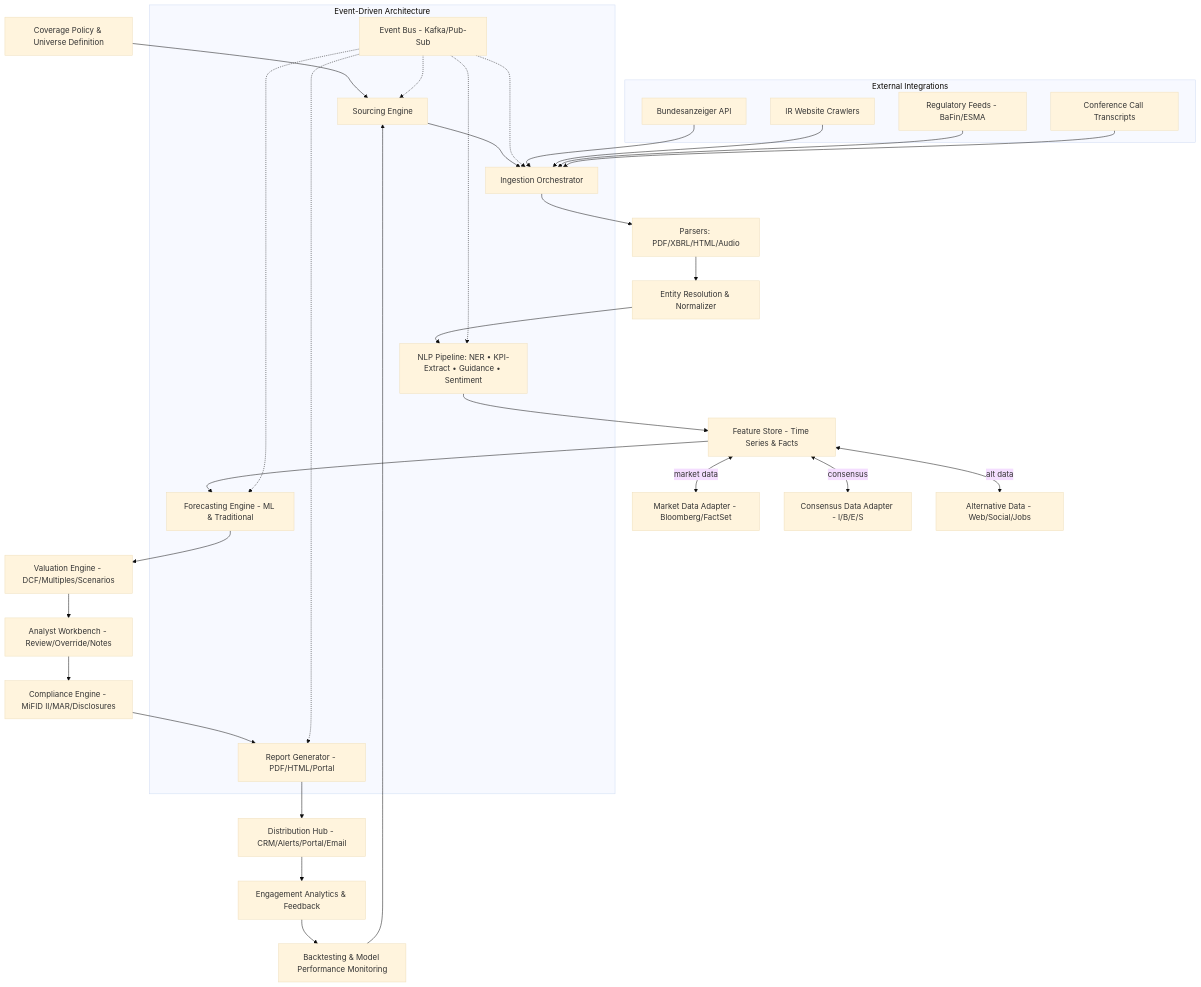
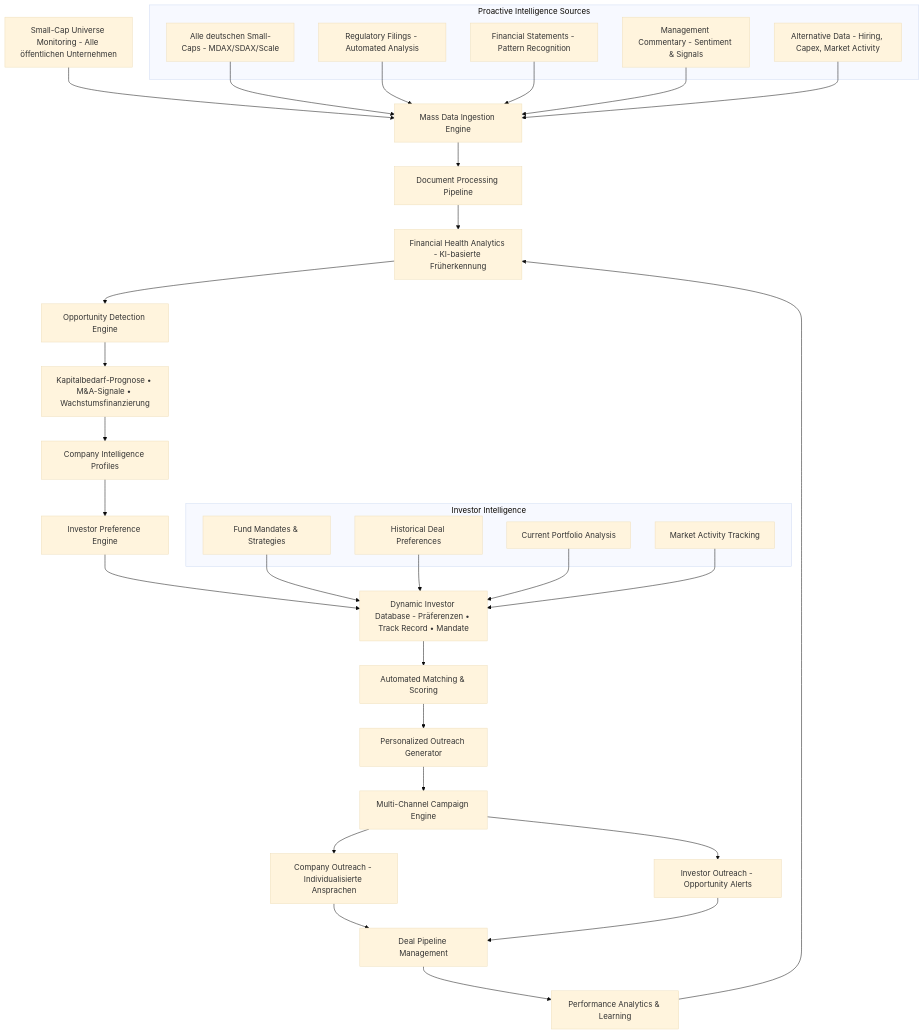
Before and after one commit to ProfDrT/investment-bank: the first of 12 diagrams in 06a_Research_Public_Equities.md, drawn with Mermaid (base theme). The commit also changed other lines of this file, not shown here.

First line of the commit message:
feat: transform to proactive market intelligence & opportunity detection system

````diff
--- a/06a_Research_Public_Equities.md
+++ b/06a_Research_Public_Equities.md
@@ -11,41 +11,49 @@
 ```mermaid
 flowchart TD
-  A[Coverage Policy & Universe Definition] --> B[Sourcing Engine]
-  B --> C[Ingestion Orchestrator]
-  C --> D[Parsers: PDF/XBRL/HTML/Audio]
-  D --> E[Entity Resolution & Normalizer]
-  E --> F[NLP Pipeline: NER • KPI-Extract • Guidance • Sentiment]
-  F --> G[Feature Store - Time Series & Facts]
-  G <-->|market data| M[Market Data Adapter - Bloomberg/FactSet]
-  G <-->|consensus| N[Consensus Data Adapter - I/B/E/S]
-  G <-->|alt data| O[Alternative Data - Web/Social/Jobs]
-  G --> H[Forecasting Engine - ML & Traditional]
-  H --> I[Valuation Engine - DCF/Multiples/Scenarios]
-  I --> J[Analyst Workbench - Review/Override/Notes]
-  J --> K[Compliance Engine - MiFID II/MAR/Disclosures]
-  K --> L[Report Generator - PDF/HTML/Portal]
-  L --> P[Distribution Hub - CRM/Alerts/Portal/Email]
-  P --> Q[Engagement Analytics & Feedback]
-  Q --> R[Backtesting & Model Performance Monitoring]
-  R --> B
+  A[Small-Cap Universe Monitoring - Alle öffentlichen Unternehmen] --> B[Mass Data Ingestion Engine]
+  B --> C[Document Processing Pipeline]
+  C --> D[Financial Health Analytics - KI-basierte Früherkennung]
+  D --> E[Opportunity Detection Engine]
+  E --> F[Kapitalbedarf-Prognose • M&A-Signale • Wachstumsfinanzierung]
+  F --> G[Company Intelligence Profiles]
   
-  subgraph "Event-Driven Architecture"
-    S[Event Bus - Kafka/Pub-Sub] -.-> B
-    S -.-> C
-    S -.-> F
-    S -.-> H
-    S -.-> L
+  G --> H[Investor Preference Engine]
+  H --> I[Dynamic Investor Database - Präferenzen • Track Record • Mandate]
+  I --> J[Automated Matching & Scoring]
+  J --> K[Personalized Outreach Generator]
+  K --> L[Multi-Channel Campaign Engine]
+  
+  L --> M[Company Outreach - Individualisierte Ansprachen]
+  L --> N[Investor Outreach - Opportunity Alerts]
+  
+  M --> O[Deal Pipeline Management]
+  N --> O
+  O --> P[Performance Analytics & Learning]
+  P --> D
+  
+  subgraph "Proactive Intelligence Sources"
+    Q[Alle deutschen Small-Caps - MDAX/SDAX/Scale]
+    R[Regulatory Filings - Automated Analysis]
+    S[Financial Statements - Pattern Recognition]
+    T[Management Commentary - Sentiment & Signals]
+    U[Alternative Data - Hiring, Capex, Market Activity]
   end
   
-  subgraph "External Integrations"
-    T[Bundesanzeiger API]
-    U[IR Website Crawlers]
-    V[Regulatory Feeds - BaFin/ESMA]
-    W[Conference Call Transcripts]
+  Q --> B
+  R --> B
+  S --> B
+  T --> B
+  U --> B
+  
+  subgraph "Investor Intelligence"
+    V[Fund Mandates & Strategies]
+    W[Historical Deal Preferences]
+    X[Current Portfolio Analysis]
+    Y[Market Activity Tracking]
   end
   
-  T --> C
-  U --> C
-  V --> C
-  W --> C
+  V --> I
+  W --> I
+  X --> I
+  Y --> I
 ```
````
